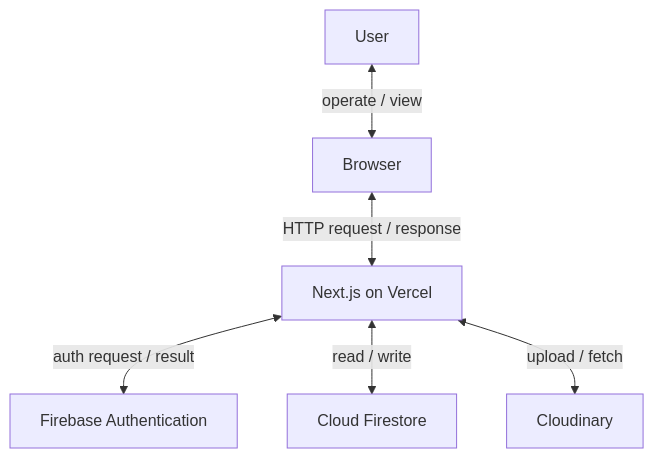
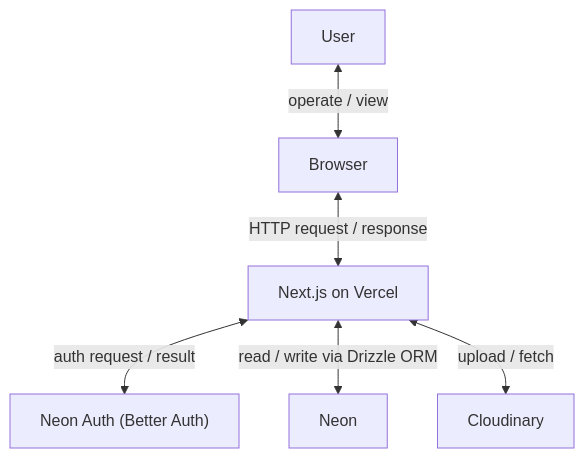
Before and after one commit to bear-KU/Labelog: the diagram in docs/DESIGN_DOC.md, drawn with Mermaid. The commit also changed other lines of this file and 1 other file, not shown here.

Commit message:
docs: update setup and design for Neon migration

````diff
--- a/docs/DESIGN_DOC.md
+++ b/docs/DESIGN_DOC.md
@@ -43,15 +42,15 @@
 ```mermaid
 flowchart TD
   User[User]
   Browser[Browser]
   Vercel[Next.js on Vercel]
-  FirebaseAuth[Firebase Authentication]
-  Firestore[Cloud Firestore]
+  NeonAuth["Neon Auth (Better Auth)"]
+  NeonDB[Neon]
   Cloudinary[Cloudinary]
 
   User <-->|operate / view| Browser
   Browser <-->|HTTP request / response| Vercel
-  Vercel <-->|auth request / result| FirebaseAuth
-  Vercel <-->|read / write| Firestore
+  Vercel <-->|auth request / result| NeonAuth
+  Vercel <-->|read / write via Drizzle ORM| NeonDB
   Vercel <-->|upload / fetch| Cloudinary
 ```
````
